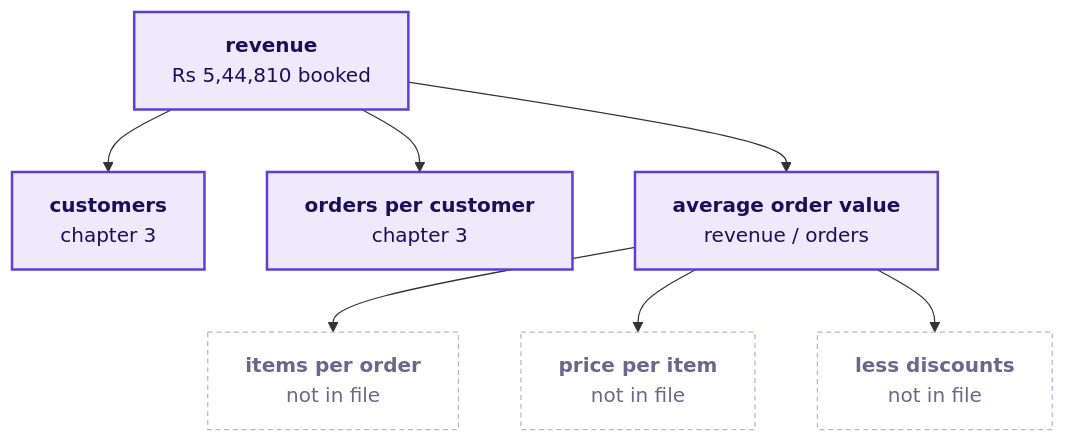
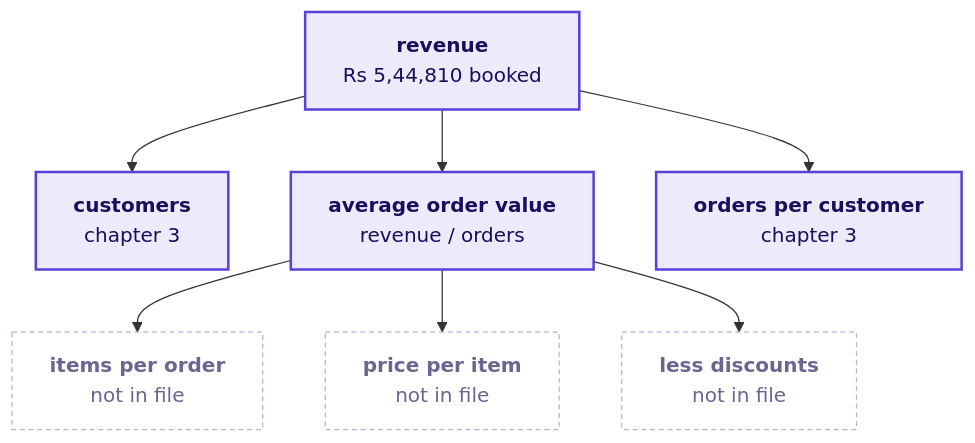
One commit to fde-academy-lab/c2-content-factory changed diagram 15 of 29 in content/W01/D1/slides/C2_W01_D01_half1_STUDENT.md. Above: the diagram before and after it, drawn with Mermaid. The commit also changed other lines of this file and 3 other files, not shown here.

````diff
--- a/content/W01/D1/slides/C2_W01_D01_half1_STUDENT.md
+++ b/content/W01/D1/slides/C2_W01_D01_half1_STUDENT.md
@@ -900,13 +898,13 @@
 ```mermaid
 flowchart TB
     R["<b>revenue</b><br/>Rs 5,44,810 booked"] --> C["<b>customers</b><br/>chapter 3"]
+    R --> A["<b>average order value</b><br/>revenue / orders"]
     R --> F["<b>orders per customer</b><br/>chapter 3"]
-    R --> A["<b>average order value</b><br/>revenue / orders"]
     A --> I["<b>items per order</b><br/>not in file"]
     A --> P["<b>price per item</b><br/>not in file"]
     A --> D["<b>less discounts</b><br/>not in file"]
     classDef known fill:#EEEAFB,stroke:#5B3FD6,color:#1A0F5C,stroke-width:2px
     classDef unknown fill:#FFFFFF,stroke:#B8B2D6,color:#6B6690,stroke-dasharray:4 3
     class R,C,F,A known
     class I,P,D unknown
 ```
````
